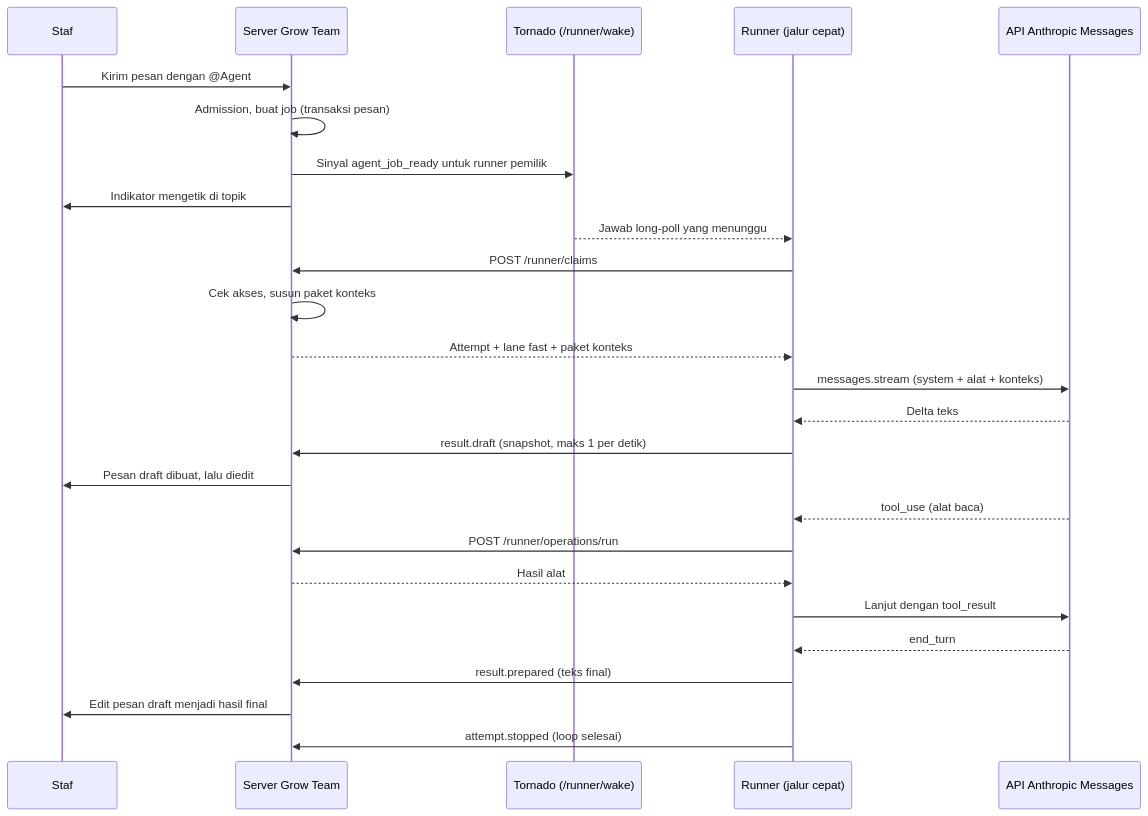
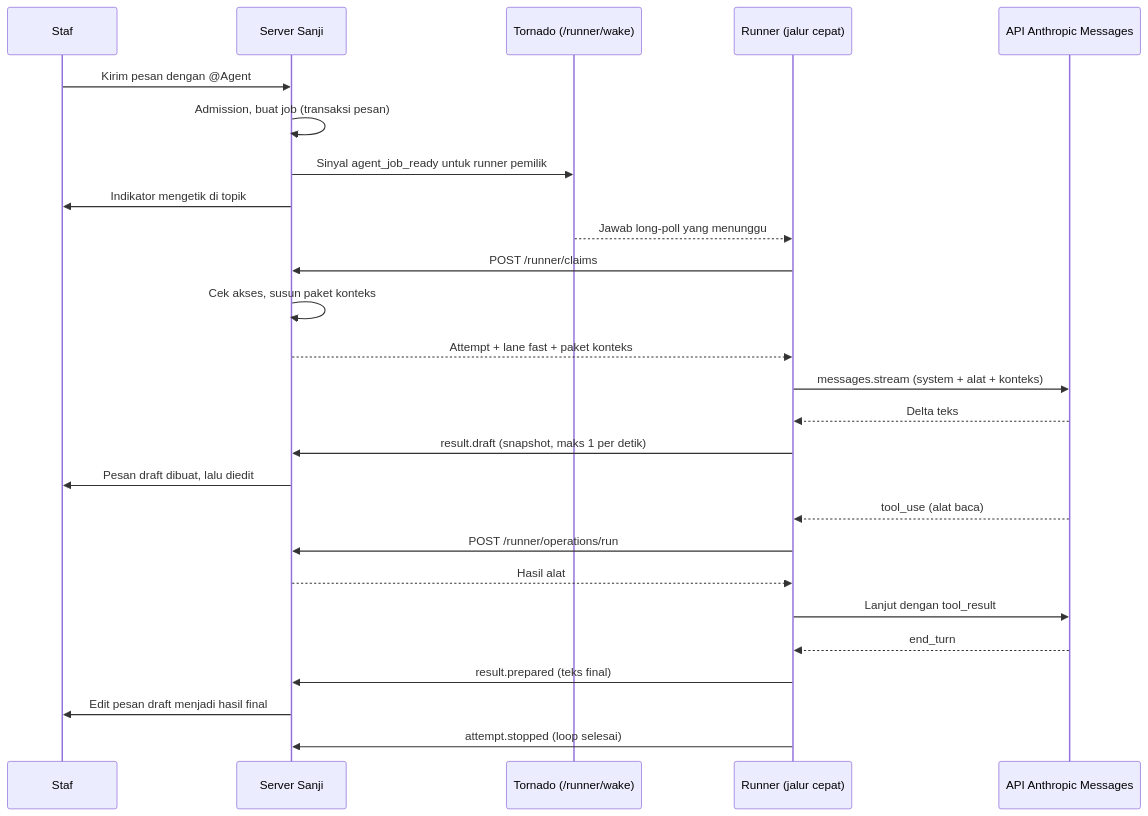
The diagram in internals/docs/spec/2026-09-24-agent-fast-lane.md (Growth-Circle/grow-team), drawn with Mermaid before and after one commit. The commit also changed other lines of this file and 18 other files, not shown here.

````diff
--- a/internals/docs/spec/2026-09-24-agent-fast-lane.md
+++ b/internals/docs/spec/2026-09-24-agent-fast-lane.md
@@ -88,28 +88,28 @@
 ```mermaid
 sequenceDiagram
     participant U as Staf
-    participant S as Server Grow Team
+    participant S as Server Sanji
     participant T as Tornado (/runner/wake)
     participant R as Runner (jalur cepat)
     participant M as API Anthropic Messages
     U->>S: Kirim pesan dengan @Agent
     S->>S: Admission, buat job (transaksi pesan)
     S->>T: Sinyal agent_job_ready untuk runner pemilik
     S->>U: Indikator mengetik di topik
     T-->>R: Jawab long-poll yang menunggu
     R->>S: POST /runner/claims
     S->>S: Cek akses, susun paket konteks
     S-->>R: Attempt + lane fast + paket konteks
     R->>M: messages.stream (system + alat + konteks)
     M-->>R: Delta teks
     R->>S: result.draft (snapshot, maks 1 per detik)
     S->>U: Pesan draft dibuat, lalu diedit
     M-->>R: tool_use (alat baca)
     R->>S: POST /runner/operations/run
     S-->>R: Hasil alat
     R->>M: Lanjut dengan tool_result
     M-->>R: end_turn
     R->>S: result.prepared (teks final)
     S->>U: Edit pesan draft menjadi hasil final
     R->>S: attempt.stopped (loop selesai)
 ```
````
